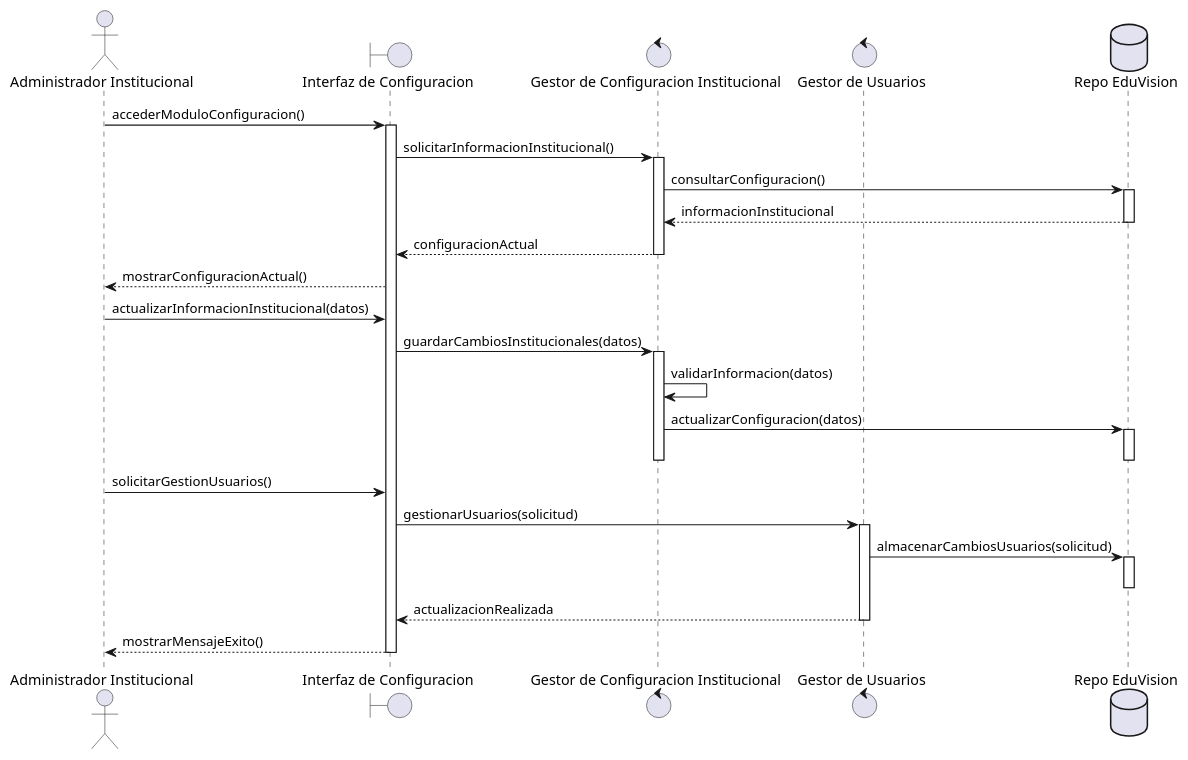
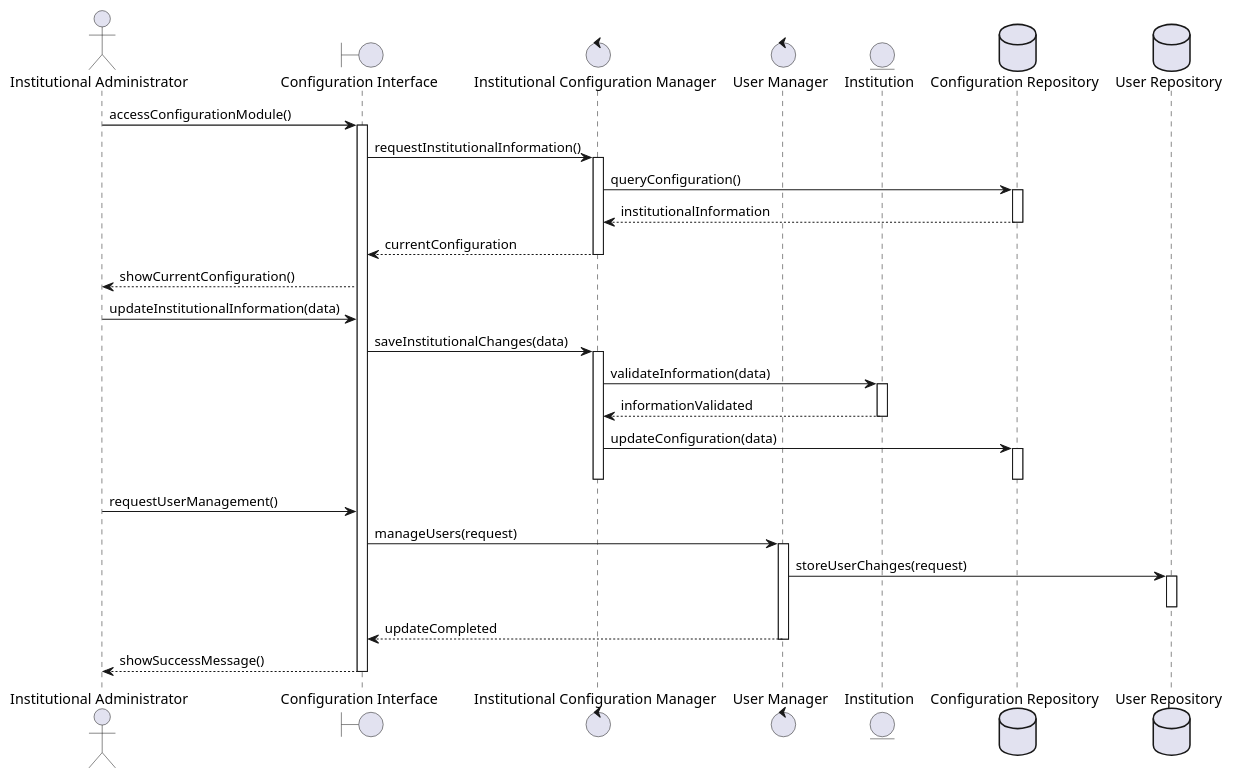
One commit to EduVisions/UML-codes changed the diagram in Diagramas de secuencia/DS1.puml. Above: the diagram before and after it, drawn with PlantUML. The commit also changed 11 other files, not shown here.

Commit message:
correcciones diagramas

```diff
--- a/Diagramas de secuencia/DS1.puml
+++ b/Diagramas de secuencia/DS1.puml
@@ -1,52 +1,57 @@
-@startuml "Configurar institucion educativa"
+@startuml "Configure Educational Institution"
 
-actor "Administrador Institucional" as Admin
-boundary "Interfaz de Configuracion" as UI
-control "Gestor de Configuracion Institucional" as ConfigManager
-control "Gestor de Usuarios" as UserManager
-database "Repo EduVision" as Database
+actor "Institutional Administrator" as Admin
+boundary "Configuration Interface" as UI
+control "Institutional Configuration Manager" as ConfigManager
+control "User Manager" as UserManager
+entity "Institution" as Institution
+database "Configuration Repository" as ConfigurationRepository
+database "User Repository" as UserRepository
 
-Admin -> UI : accederModuloConfiguracion()
+Admin -> UI : accessConfigurationModule()
 activate UI
 
-UI -> ConfigManager : solicitarInformacionInstitucional()
+UI -> ConfigManager : requestInstitutionalInformation()
 activate ConfigManager
 
-ConfigManager -> Database : consultarConfiguracion()
-activate Database
-Database --> ConfigManager : informacionInstitucional
-deactivate Database
+ConfigManager -> ConfigurationRepository : queryConfiguration()
+activate ConfigurationRepository
+ConfigurationRepository --> ConfigManager : institutionalInformation
+deactivate ConfigurationRepository
 
-ConfigManager --> UI : configuracionActual
+ConfigManager --> UI : currentConfiguration
 deactivate ConfigManager
 
-UI --> Admin : mostrarConfiguracionActual()
+UI --> Admin : showCurrentConfiguration()
 
-Admin -> UI : actualizarInformacionInstitucional(datos)
+Admin -> UI : updateInstitutionalInformation(data)
 
-UI -> ConfigManager : guardarCambiosInstitucionales(datos)
+UI -> ConfigManager : saveInstitutionalChanges(data)
 activate ConfigManager
 
-ConfigManager -> ConfigManager : validarInformacion(datos)
+ConfigManager -> Institution : validateInformation(data)
+activate Institution
+Institution --> ConfigManager : informationValidated
+deactivate Institution
 
-ConfigManager -> Database : actualizarConfiguracion(datos)
-activate Database
-deactivate Database
+ConfigManager -> ConfigurationRepository : updateConfiguration(data)
+activate ConfigurationRepository
+deactivate ConfigurationRepository
 deactivate ConfigManager
 
-Admin -> UI : solicitarGestionUsuarios()
+Admin -> UI : requestUserManagement()
 
-UI -> UserManager : gestionarUsuarios(solicitud)
+UI -> UserManager : manageUsers(request)
 activate UserManager
 
-UserManager -> Database : almacenarCambiosUsuarios(solicitud)
-activate Database
-deactivate Database
+UserManager -> UserRepository : storeUserChanges(request)
+activate UserRepository
+deactivate UserRepository
 
-UserManager --> UI : actualizacionRealizada
+UserManager --> UI : updateCompleted
 deactivate UserManager
 
-UI --> Admin : mostrarMensajeExito()
+UI --> Admin : showSuccessMessage()
 deactivate UI
 
 @enduml
```
